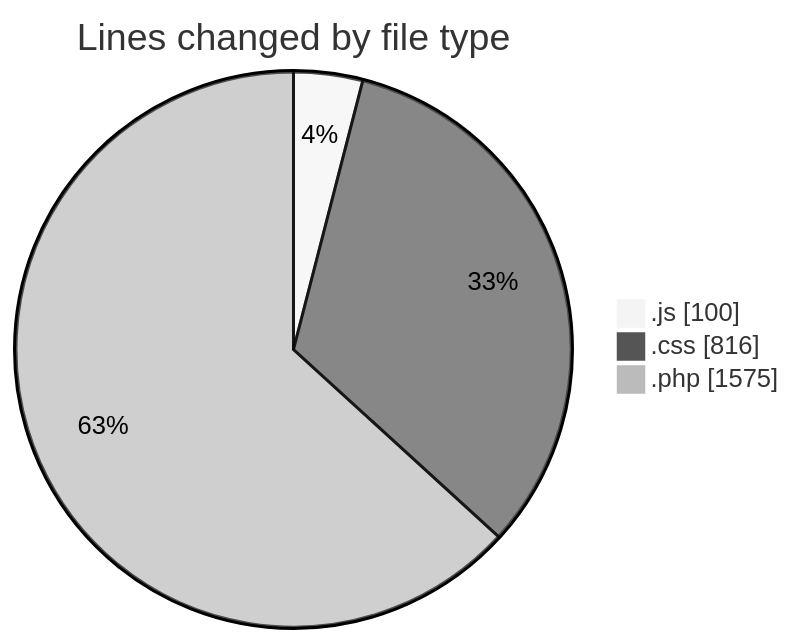
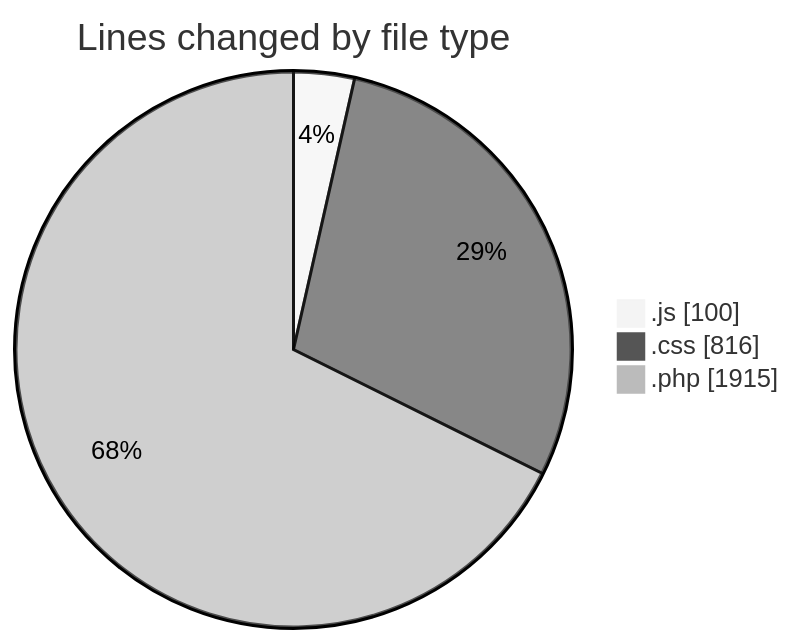
One commit to lephambinh05/code-tracking changed the first of 2 diagrams in 2025-08-25/quytuthien_vn/README.md. Above: the diagram before and after it, drawn with Mermaid (neutral theme). The commit also changed other lines of this file and 1 other file, not shown here.

````diff
--- a/2025-08-25/quytuthien_vn/README.md
+++ b/2025-08-25/quytuthien_vn/README.md
@@ -36,7 +36,7 @@
 ```mermaid
 pie showData
 title Lines changed by file type
 ".js" : 100
 ".css" : 816
-".php" : 1575
+".php" : 1915
 ```
````
